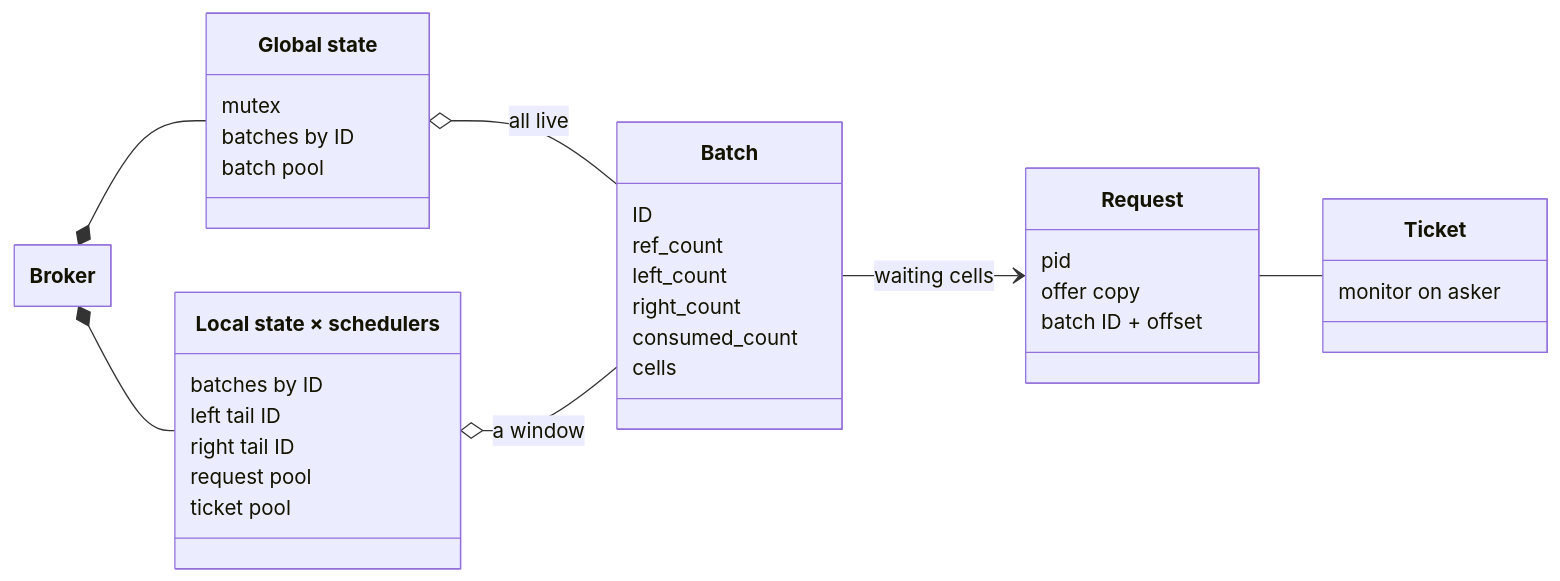
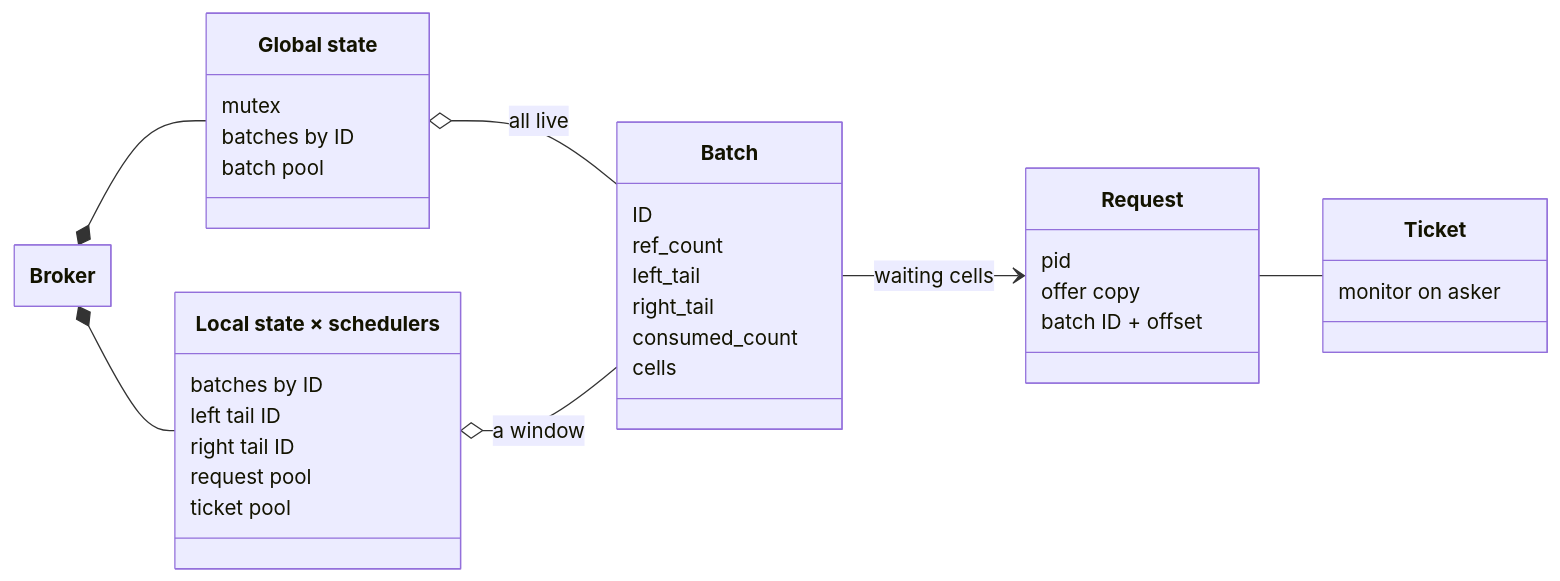
Before and after one commit to g-andrade/cbroker: the first of 4 diagrams in INTERNALS.md, drawn with Mermaid. The commit also changed other lines of this file and 1 other file, not shown here.

Commit message:
Batch: rename `left`/`right`-count to tail

````diff
--- a/INTERNALS.md
+++ b/INTERNALS.md
@@ -23,44 +23,44 @@
 ```mermaid
 ---
 config:
   class:
     hideEmptyMembersBox: true
 ---
 classDiagram
     direction LR
     class Broker
     class GlobalState["Global state"] {
         mutex
         batches by ID
         batch pool
     }
     class LocalState["Local state × schedulers"] {
         batches by ID
         left tail ID
         right tail ID
         request pool
         ticket pool
     }
     class Batch {
         ID
         ref_count
-        left_count
-        right_count
+        left_tail
+        right_tail
         consumed_count
         cells
     }
     class Request {
         pid
         offer copy
         batch ID + offset
     }
     class Ticket {
         monitor on asker
     }
     Broker *-- GlobalState
     Broker *-- LocalState
     GlobalState o-- Batch : all live
     LocalState o-- Batch : a window
     Batch --> Request : waiting cells
     Request -- Ticket
 ```
````
